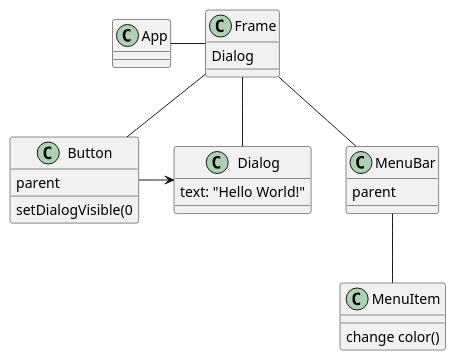
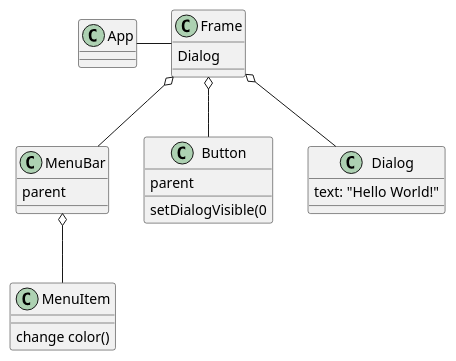
One commit to Fermento99/TP changed the diagram in list1/UMLDiagrams/ClassUML.puml. Above: the diagram before and after it, drawn with PlantUML.

Commit message:
eddited UMLDiagram

```diff
--- a/list1/UMLDiagrams/ClassUML.puml
+++ b/list1/UMLDiagrams/ClassUML.puml
@@ -1,30 +1,30 @@
 @startuml
 
 class App
 class Frame{
     Dialog
 }
 class MenuBar{
     parent
 }
 class Button{
     parent
     setDialogVisible(0
 }
 Class Dialog{
     text: "Hello World!"
 }
 class MenuItem{
     change color()
 }
 
 App - Frame
-Frame -- MenuBar
-MenuBar -- MenuItem
-Frame -- Button
-Button -> Dialog
-Frame -- Dialog
+Frame o-- MenuBar
+MenuBar o-- MenuItem
+Frame o-- Button
+
+Frame o-- Dialog
 
 
 
 @enduml
```
